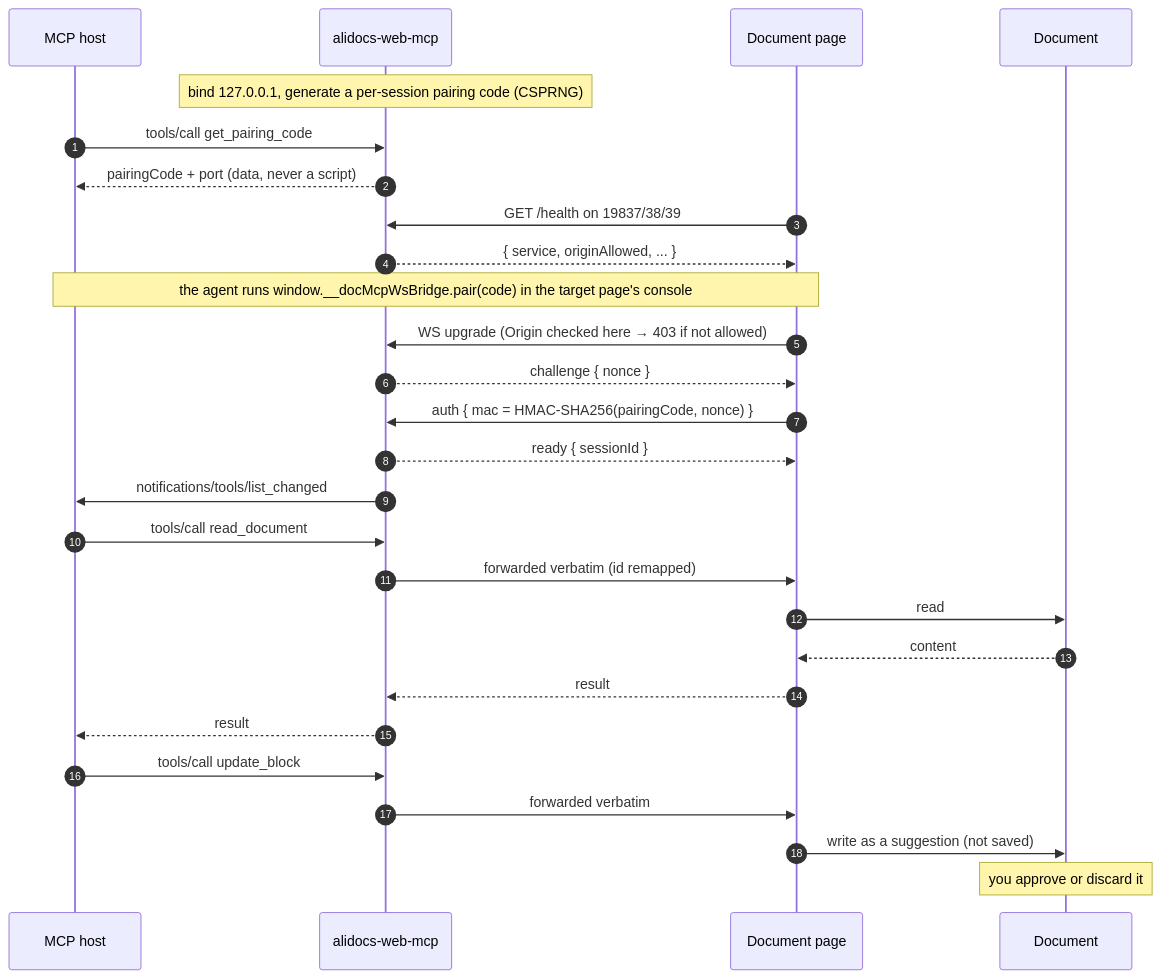
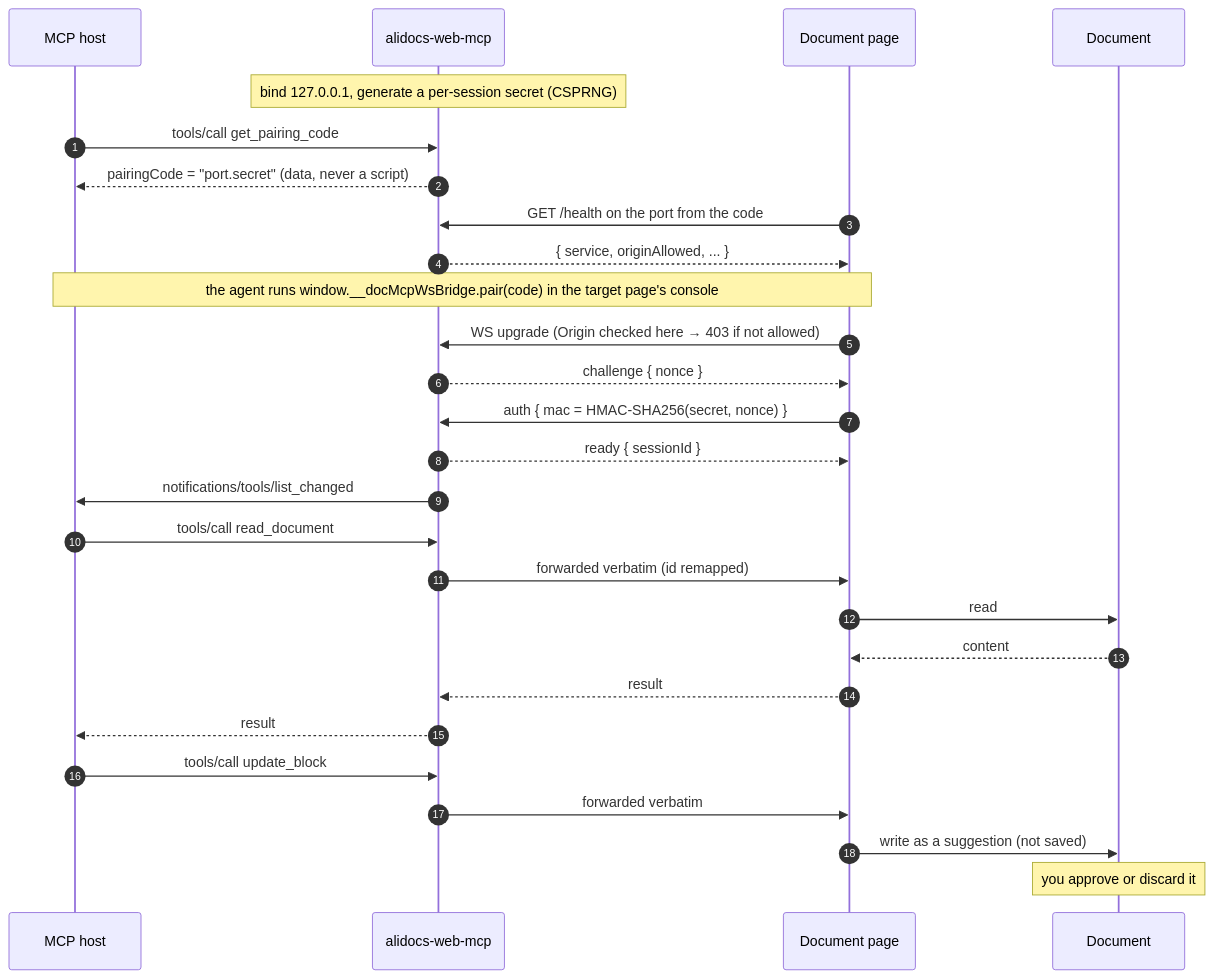
The second of 2 diagrams in README.md (magical-index/alidocs-web-mcp), drawn with Mermaid before and after one commit. The commit also changed other lines of this file and 11 other files, not shown here.

First line of the commit message:
feat: 配对码改为复合 token <port>.<secret>，多实例不再抢端口

````diff
--- a/README.md
+++ b/README.md
@@ -120,36 +141,36 @@
 ```mermaid
 sequenceDiagram
     autonumber
     participant H as MCP host
     participant B as alidocs-web-mcp
     participant P as Document page
     participant D as Document
 
-    Note over B: bind 127.0.0.1, generate a per-session pairing code (CSPRNG)
+    Note over B: bind 127.0.0.1, generate a per-session secret (CSPRNG)
 
     H->>B: tools/call get_pairing_code
-    B-->>H: pairingCode + port (data, never a script)
+    B-->>H: pairingCode = "port.secret" (data, never a script)
 
-    P->>B: GET /health on 19837/38/39
+    P->>B: GET /health on the port from the code
     B-->>P: { service, originAllowed, ... }
 
     Note over H,P: the agent runs window.__docMcpWsBridge.pair(code) in the target page's console
 
     P->>B: WS upgrade (Origin checked here → 403 if not allowed)
     B-->>P: challenge { nonce }
-    P->>B: auth { mac = HMAC-SHA256(pairingCode, nonce) }
+    P->>B: auth { mac = HMAC-SHA256(secret, nonce) }
     B-->>P: ready { sessionId }
     B->>H: notifications/tools/list_changed
 
     H->>B: tools/call read_document
     B->>P: forwarded verbatim (id remapped)
     P->>D: read
     D-->>P: content
     P-->>B: result
     B-->>H: result
 
     H->>B: tools/call update_block
     B->>P: forwarded verbatim
     P->>D: write as a suggestion (not saved)
     Note over D: you approve or discard it
 ```
````
